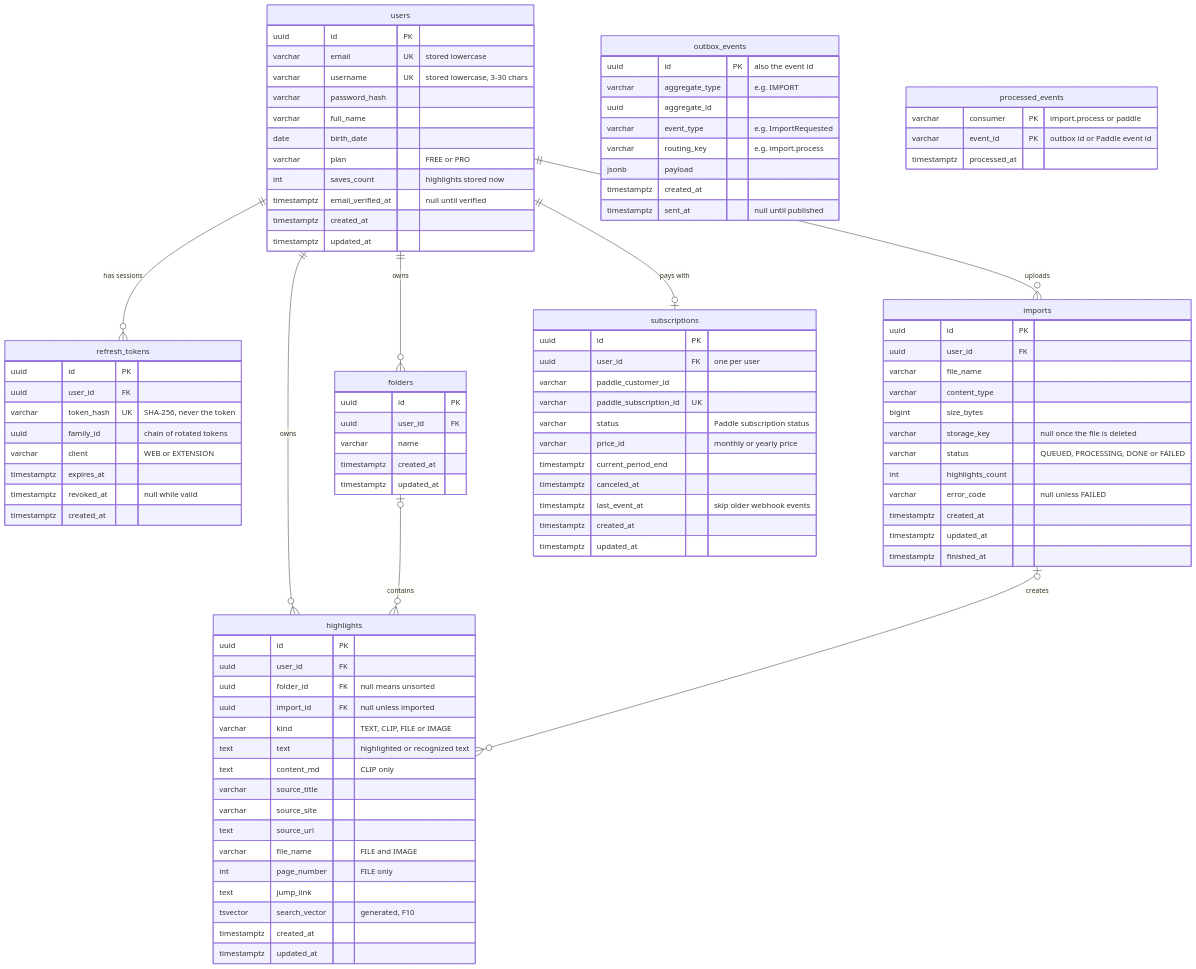
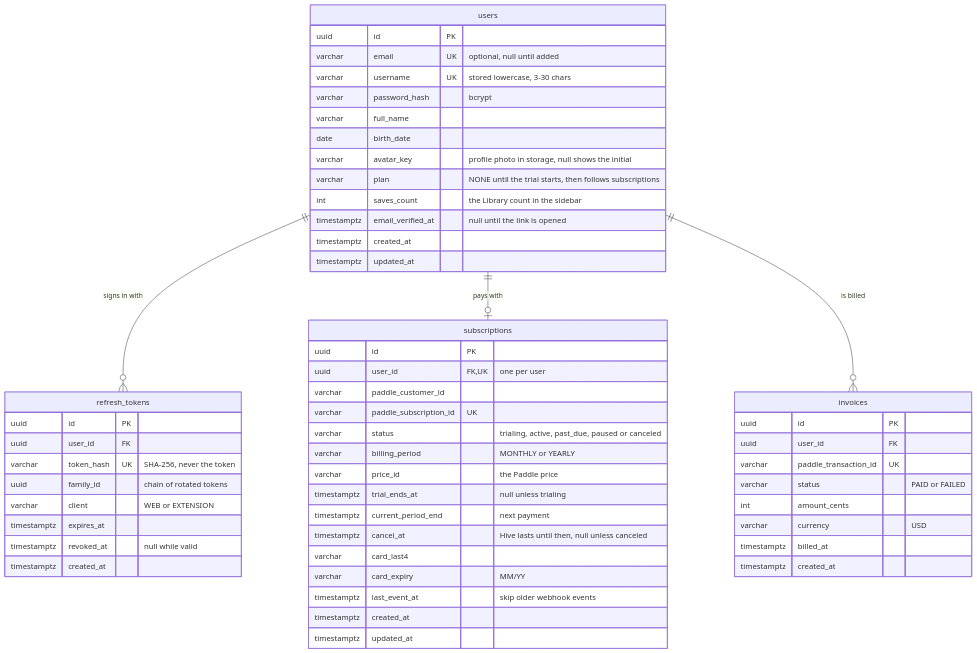
One commit to salimsalimzade/ari-api changed the second of 7 diagrams in docs/database.md. Above: the diagram before and after it, drawn with Mermaid. The commit also changed other lines of this file and 30 other files, not shown here.

````diff
--- a/docs/database.md
+++ b/docs/database.md
@@ -10,22 +53,19 @@
 ```mermaid
 erDiagram
-  users ||--o{ refresh_tokens : "has sessions"
-  users ||--o{ folders : owns
-  users ||--o{ highlights : owns
-  users ||--o{ imports : uploads
+  users ||--o{ refresh_tokens : "signs in with"
   users ||--o| subscriptions : "pays with"
-  folders |o--o{ highlights : contains
-  imports |o--o{ highlights : creates
+  users ||--o{ invoices : "is billed"
   users {
     uuid id PK
-    varchar email UK "stored lowercase"
+    varchar email UK "optional, null until added"
     varchar username UK "stored lowercase, 3-30 chars"
-    varchar password_hash
+    varchar password_hash "bcrypt"
     varchar full_name
     date birth_date
-    varchar plan "FREE or PRO"
-    int saves_count "highlights stored now"
-    timestamptz email_verified_at "null until verified"
+    varchar avatar_key "profile photo in storage, null shows the initial"
+    varchar plan "NONE until the trial starts, then follows subscriptions"
+    int saves_count "the Library count in the sidebar"
+    timestamptz email_verified_at "null until the link is opened"
     timestamptz created_at
     timestamptz updated_at
   }
@@ -39,71 +79,31 @@
     timestamptz revoked_at "null while valid"
     timestamptz created_at
   }
-  folders {
-    uuid id PK
-    uuid user_id FK
-    varchar name
-    timestamptz created_at
-    timestamptz updated_at
-  }
-  highlights {
-    uuid id PK
-    uuid user_id FK
-    uuid folder_id FK "null means unsorted"
-    uuid import_id FK "null unless imported"
-    varchar kind "TEXT, CLIP, FILE or IMAGE"
-    text text "highlighted or recognized text"
-    text content_md "CLIP only"
-    varchar source_title
-    varchar source_site
-    text source_url
-    varchar file_name "FILE and IMAGE"
-    int page_number "FILE only"
-    text jump_link
-    tsvector search_vector "generated, F10"
-    timestamptz created_at
-    timestamptz updated_at
-  }
-  imports {
-    uuid id PK
-    uuid user_id FK
-    varchar file_name
-    varchar content_type
-    bigint size_bytes
-    varchar storage_key "null once the file is deleted"
-    varchar status "QUEUED, PROCESSING, DONE or FAILED"
-    int highlights_count
-    varchar error_code "null unless FAILED"
-    timestamptz created_at
-    timestamptz updated_at
-    timestamptz finished_at
-  }
   subscriptions {
     uuid id PK
-    uuid user_id FK "one per user"
+    uuid user_id FK, UK "one per user"
     varchar paddle_customer_id
     varchar paddle_subscription_id UK
-    varchar status "Paddle subscription status"
-    varchar price_id "monthly or yearly price"
-    timestamptz current_period_end
-    timestamptz canceled_at
+    varchar status "trialing, active, past_due, paused or canceled"
+    varchar billing_period "MONTHLY or YEARLY"
+    varchar price_id "the Paddle price"
+    timestamptz trial_ends_at "null unless trialing"
+    timestamptz current_period_end "next payment"
+    timestamptz cancel_at "Hive lasts until then, null unless canceled"
+    varchar card_last4
+    varchar card_expiry "MM/YY"
     timestamptz last_event_at "skip older webhook events"
     timestamptz created_at
     timestamptz updated_at
   }
-  outbox_events {
-    uuid id PK "also the event id"
-    varchar aggregate_type "e.g. IMPORT"
-    uuid aggregate_id
-    varchar event_type "e.g. ImportRequested"
-    varchar routing_key "e.g. import.process"
-    jsonb payload
+  invoices {
+    uuid id PK
+    uuid user_id FK
+    varchar paddle_transaction_id UK
+    varchar status "PAID or FAILED"
+    int amount_cents
+    varchar currency "USD"
+    timestamptz billed_at
     timestamptz created_at
-    timestamptz sent_at "null until published"
-  }
-  processed_events {
-    varchar consumer PK "import.process or paddle"
-    varchar event_id PK "outbox id or Paddle event id"
-    timestamptz processed_at
   }
 ```
````
